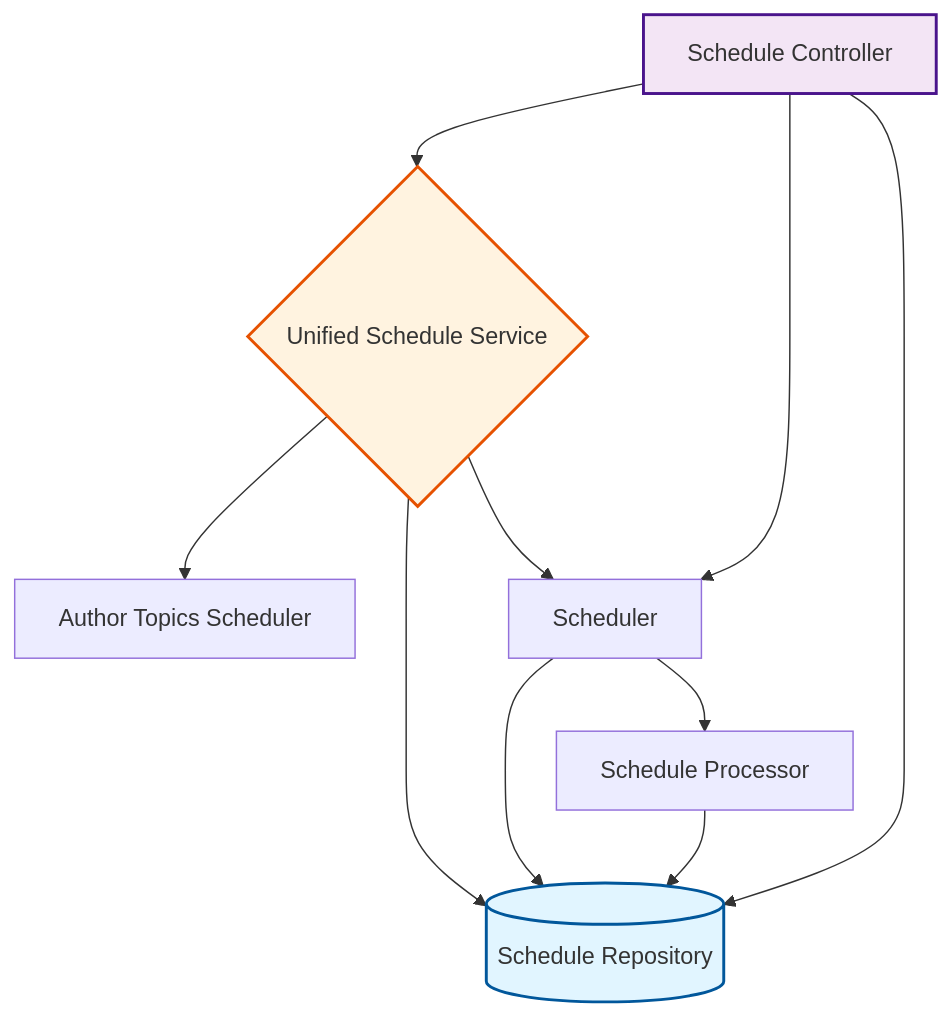
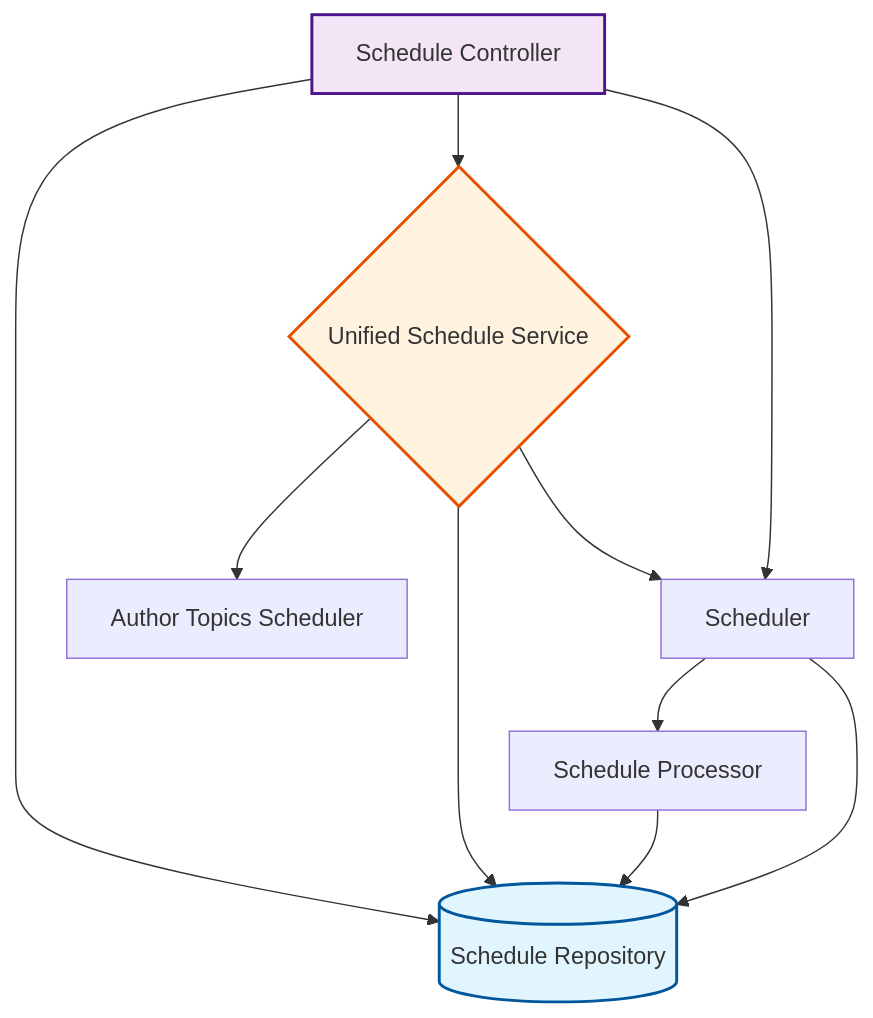
The third of 10 diagrams in docs/feature-report.md (rpnunez/wp-ai-scheduler), drawn with Mermaid before and after one commit. The commit also changed other lines of this file and 3 other files, not shown here.

````diff
--- a/docs/feature-report.md
+++ b/docs/feature-report.md
@@ -143,28 +141,28 @@
 ```mermaid
 flowchart TD
     %% Scheduling & Automation Architecture
 
     Author_Topics_Scheduler["Author Topics Scheduler"]
     Schedule_Controller["Schedule Controller"]
     Schedule_Processor["Schedule Processor"]
     Schedule_Repository[("Schedule Repository")]
     Scheduler["Scheduler"]
     Unified_Schedule_Service{"Unified Schedule Service"}
 
-    Schedule_Controller --> Scheduler
     Schedule_Controller --> Schedule_Repository
     Schedule_Controller --> Unified_Schedule_Service
+    Schedule_Controller --> Scheduler
     Schedule_Processor --> Schedule_Repository
+    Scheduler --> Schedule_Processor
     Scheduler --> Schedule_Repository
-    Scheduler --> Schedule_Processor
-    Unified_Schedule_Service --> Scheduler
     Unified_Schedule_Service --> Author_Topics_Scheduler
     Unified_Schedule_Service --> Schedule_Repository
+    Unified_Schedule_Service --> Scheduler
 
     classDef repository fill:#e1f5ff,stroke:#01579b,stroke-width:2px
     classDef service fill:#fff3e0,stroke:#e65100,stroke-width:2px
     classDef controller fill:#f3e5f5,stroke:#4a148c,stroke-width:2px
     class Schedule_Repository repository
     class Unified_Schedule_Service service
     class Schedule_Controller controller
 ```
````
